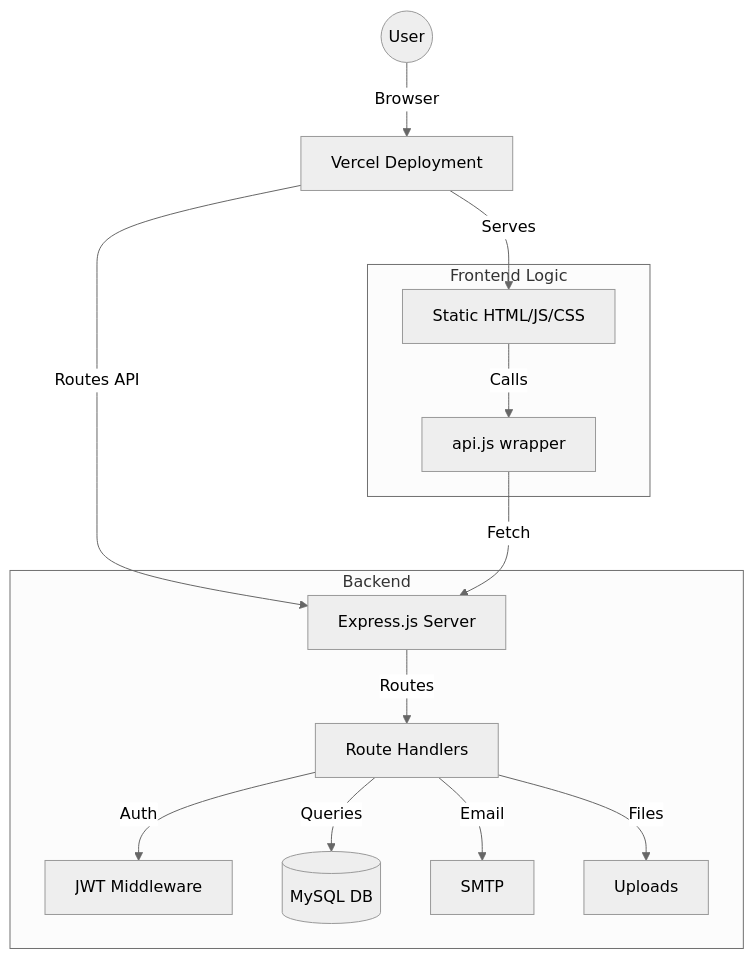
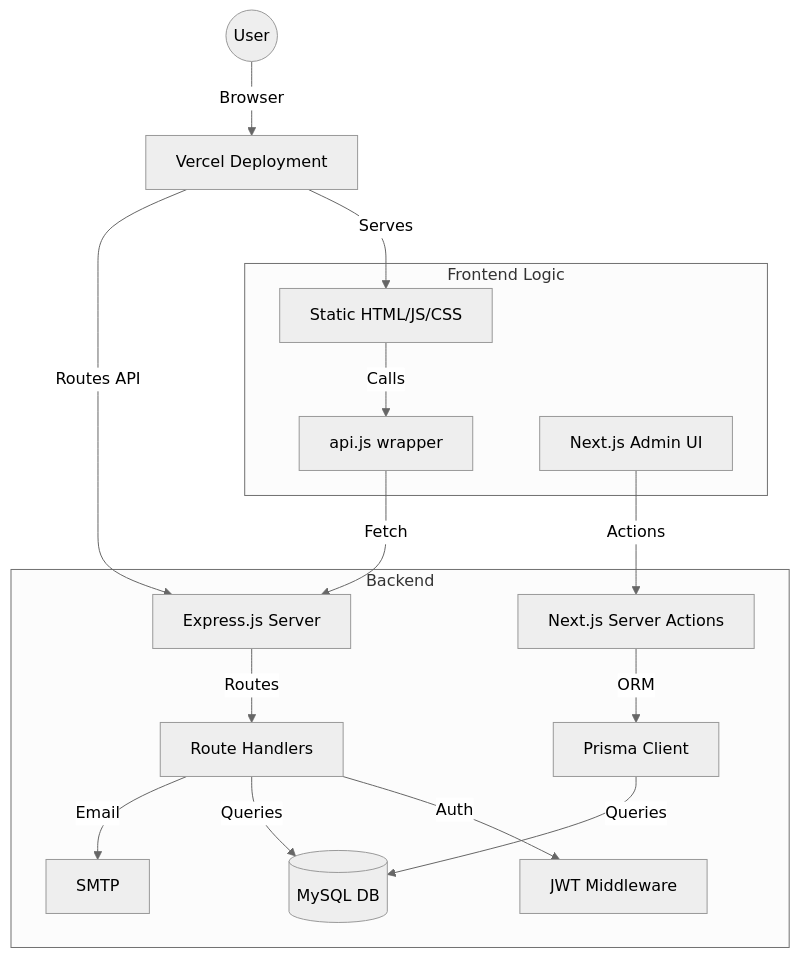
Before and after one commit to bh462007/take-one-nexus: the diagram in TECH_STACK.md, drawn with Mermaid (neutral theme). The commit also changed other lines of this file and 227 other files, not shown here.

Commit message:
feat: implement secure cinematic admin panel with next.js and prisma

````diff
--- a/TECH_STACK.md
+++ b/TECH_STACK.md
@@ -35,19 +36,21 @@
 ```mermaid
 graph TD
     User((User)) -->|Browser| Vercel[Vercel Deployment]
     Vercel -->|Serves| Static[Static HTML/JS/CSS]
     Vercel -->|Routes API| Express[Express.js Server]
     
     subgraph Backend
         Express -->|Routes| Controllers[Route Handlers]
+        NextJS[Next.js Server Actions] -->|ORM| Prisma[Prisma Client]
         Controllers -->|Auth| JWT[JWT Middleware]
-        Controllers -->|Queries| MySQL[(MySQL DB)]
+        Prisma -->|Queries| MySQL[(MySQL DB)]
+        Controllers -->|Queries| MySQL
         Controllers -->|Email| Nodemailer[SMTP]
-        Controllers -->|Files| Multer[Uploads]
     end
     
     subgraph Frontend Logic
         Static -->|Calls| ClientAPI[api.js wrapper]
         ClientAPI -->|Fetch| Express
+        AdminUI[Next.js Admin UI] -->|Actions| NextJS
     end
 ```
````
